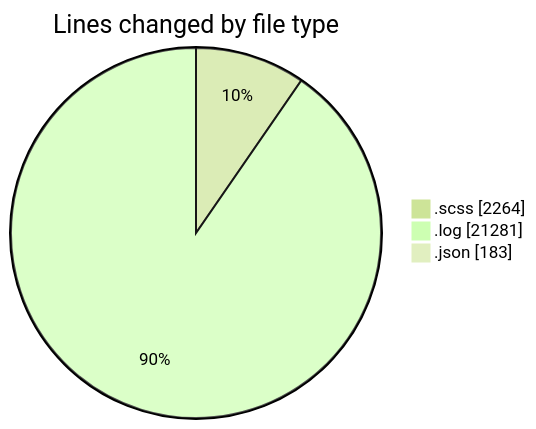
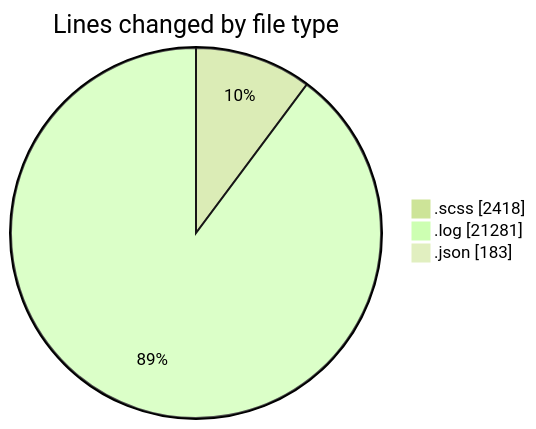
Before and after one commit to momahboobian/code-tracking: the first of 2 diagrams in 2026-01-21/cda/README.md, drawn with Mermaid (forest theme). The commit also changed other lines of this file and 1 other file, not shown here.

````diff
--- a/2026-01-21/cda/README.md
+++ b/2026-01-21/cda/README.md
@@ -31,7 +33,7 @@
 ```mermaid
 pie showData
 title Lines changed by file type
-".scss" : 2264
+".scss" : 2418
 ".log" : 21281
 ".json" : 183
 ```
````
